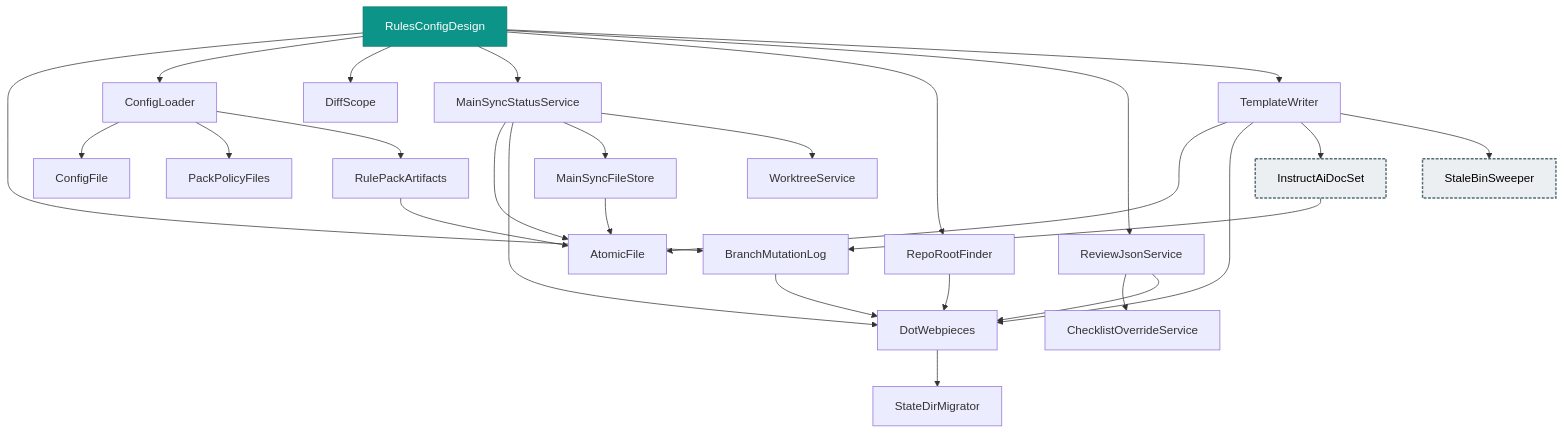
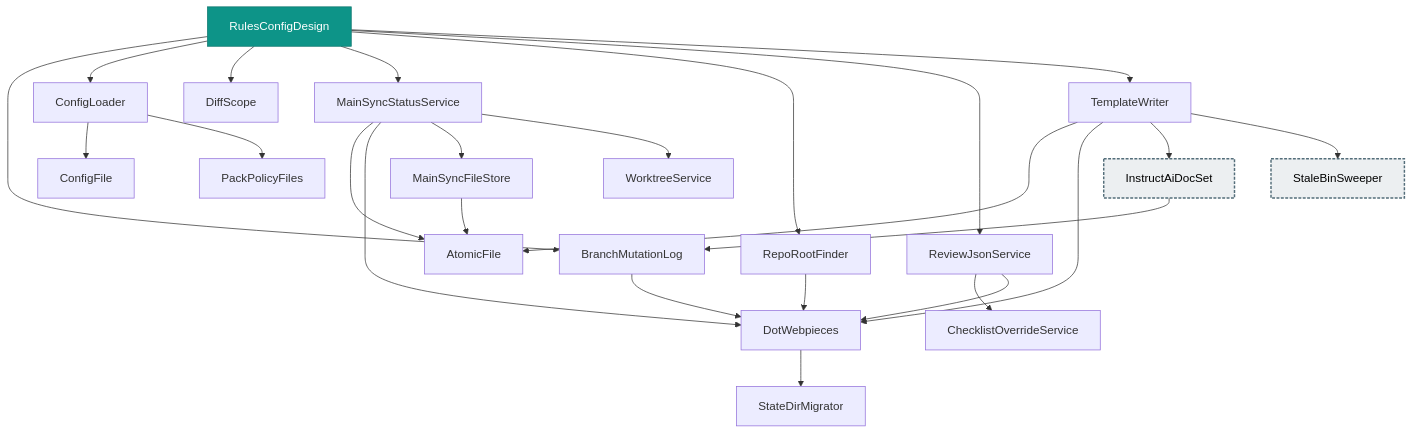
One commit to deanhiller/webpieces-ts changed the diagram in packages/tooling/rules-config/design.md. Above: the diagram before and after it, drawn with Mermaid. The commit also changed 48 other files, not shown here.

First line of the commit message:
Delete the rule lock and wp-rules-sync; every config problem is a deny naming its cure (#1277)

````diff
--- a/packages/tooling/rules-config/design.md
+++ b/packages/tooling/rules-config/design.md
@@ -13,55 +13,52 @@
 ```mermaid
 graph TD
     AtomicFile["AtomicFile"]
     BranchMutationLog["BranchMutationLog"]
     ChecklistOverrideService["ChecklistOverrideService"]
     ConfigFile["ConfigFile"]
     ConfigLoader["ConfigLoader"]
     DiffScope["DiffScope"]
     DotWebpieces["DotWebpieces"]
     InstructAiDocSet["InstructAiDocSet"]:::many
     MainSyncFileStore["MainSyncFileStore"]
     MainSyncStatusService["MainSyncStatusService"]
     PackPolicyFiles["PackPolicyFiles"]
     RepoRootFinder["RepoRootFinder"]
     ReviewJsonService["ReviewJsonService"]
-    RulePackArtifacts["RulePackArtifacts"]
     RulesConfigDesign["RulesConfigDesign"]:::apiImpl
     StaleBinSweeper["StaleBinSweeper"]:::many
     StateDirMigrator["StateDirMigrator"]
     TemplateWriter["TemplateWriter"]
     WorktreeService["WorktreeService"]
     BranchMutationLog --> DotWebpieces
     ConfigLoader --> ConfigFile
     ConfigLoader --> PackPolicyFiles
-    ConfigLoader --> RulePackArtifacts
     DotWebpieces --> StateDirMigrator
     InstructAiDocSet --> BranchMutationLog
     MainSyncFileStore --> AtomicFile
     MainSyncStatusService --> AtomicFile
     MainSyncStatusService --> DotWebpieces
     MainSyncStatusService --> MainSyncFileStore
     MainSyncStatusService --> WorktreeService
     RepoRootFinder --> DotWebpieces
     ReviewJsonService --> ChecklistOverrideService
     ReviewJsonService --> DotWebpieces
-    RulePackArtifacts --> AtomicFile
     RulesConfigDesign --> BranchMutationLog
     RulesConfigDesign --> ConfigLoader
     RulesConfigDesign --> DiffScope
     RulesConfigDesign --> MainSyncStatusService
     RulesConfigDesign --> RepoRootFinder
     RulesConfigDesign --> ReviewJsonService
     RulesConfigDesign --> TemplateWriter
     TemplateWriter --> AtomicFile
     TemplateWriter --> DotWebpieces
     TemplateWriter --> InstructAiDocSet
     TemplateWriter --> StaleBinSweeper
     classDef controller fill:#1f6feb,color:#ffffff,stroke:#0d419d
     classDef apiImpl fill:#0d9488,color:#ffffff,stroke:#0f766e
     classDef component fill:#2da44e,color:#ffffff,stroke:#1a7f37
     classDef unresolved fill:#f0ad4e,color:#000000,stroke:#b8860b,stroke-dasharray: 5 5
     classDef external fill:#b39ddb,color:#000000,stroke:#5e35b1,stroke-width:3px
     classDef api fill:#4fc3f7,color:#000000,stroke:#0277bd,stroke-width:3px
     classDef many fill:#eceff1,color:#000000,stroke:#546e7a,stroke-width:2px,stroke-dasharray: 4 2
 ```
````
